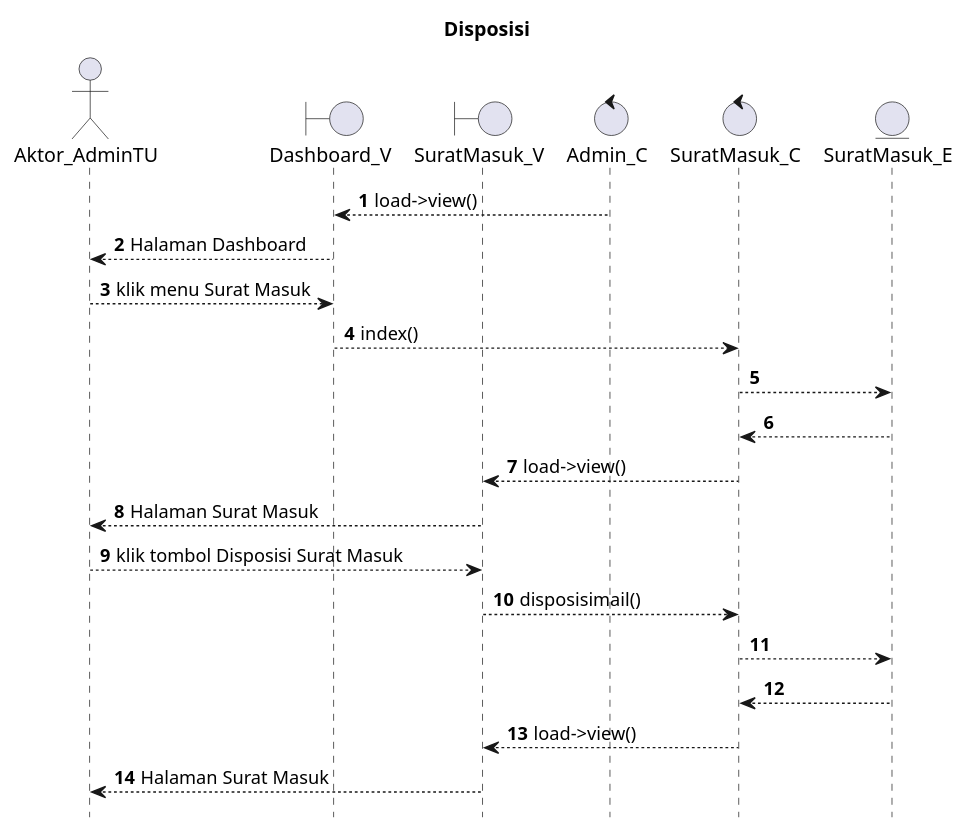
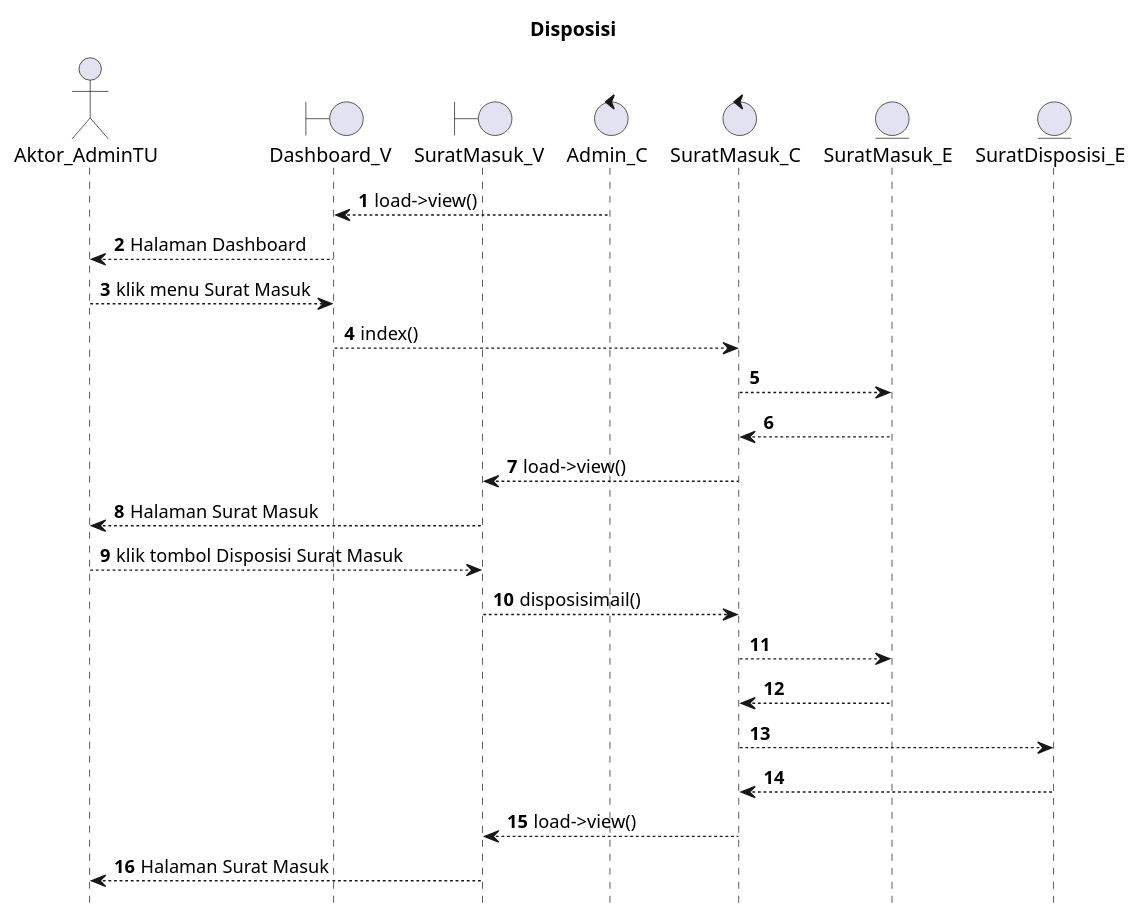
The diagram in UML/admin tu/AddDisposisi.puml (kurniado729/sistem_kp), drawn with PlantUML before and after one commit. The commit also changed 12 other files, not shown here.

Commit message:
uml-sequence

```diff
--- a/UML/admin tu/AddDisposisi.puml
+++ b/UML/admin tu/AddDisposisi.puml
@@ -1,32 +1,37 @@
 @startuml
 
 autonumber
 hide footbox
 title Disposisi
 
 Actor Aktor_AdminTU
 boundary Dashboard_V
 boundary SuratMasuk_V
 control Admin_C
 control SuratMasuk_C
 Entity SuratMasuk_E
+Entity SuratDisposisi_E
 
 Admin_C --> Dashboard_V: load->view()
 Dashboard_V --> Aktor_AdminTU: Halaman Dashboard
 Aktor_AdminTU --> Dashboard_V: klik menu Surat Masuk
 Dashboard_V --> SuratMasuk_C: index()
 SuratMasuk_C --> SuratMasuk_E:
     
     SuratMasuk_E --> SuratMasuk_C:
     SuratMasuk_C --> SuratMasuk_V: load->view()
     SuratMasuk_V --> Aktor_AdminTU: Halaman Surat Masuk
 
 Aktor_AdminTU --> SuratMasuk_V: klik tombol Disposisi Surat Masuk
 SuratMasuk_V --> SuratMasuk_C: disposisimail()
 SuratMasuk_C --> SuratMasuk_E:
    
     SuratMasuk_E --> SuratMasuk_C:
+
+SuratMasuk_C --> SuratDisposisi_E:
+   
+    SuratDisposisi_E --> SuratMasuk_C:    
     SuratMasuk_C --> SuratMasuk_V: load->view()
     SuratMasuk_V --> Aktor_AdminTU: Halaman Surat Masuk
 
 @enduml
```
